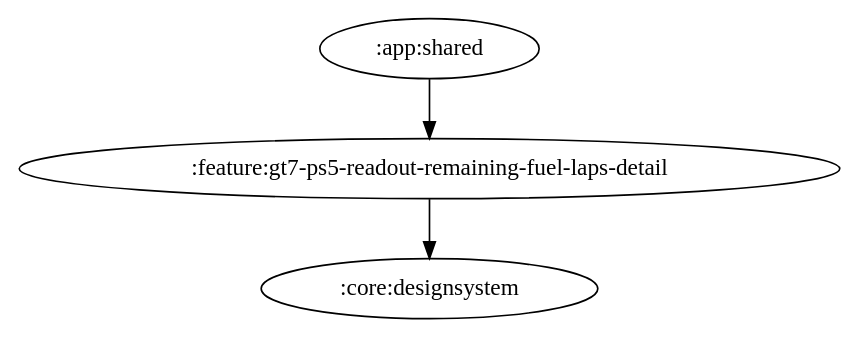
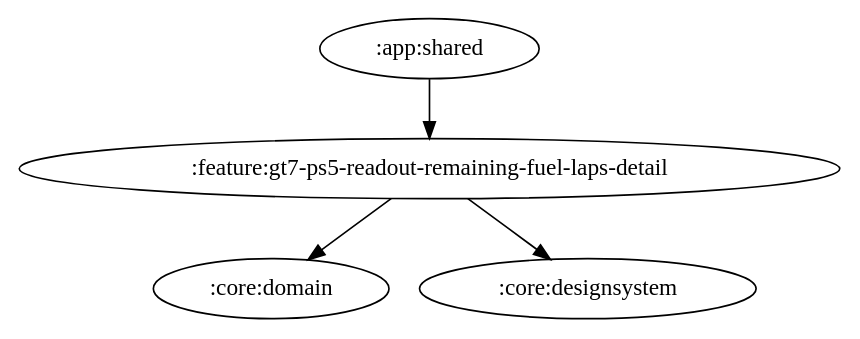
The diagram in docs/graphs/feature-gt7-ps5-readout-remaining-fuel-laps-detail.gv (ai-kurou/KoDriver), drawn with Graphviz before and after one commit. The commit also changed 5 other files, not shown here.

Commit message:
chore: update module graph images

```diff
--- a/docs/graphs/feature-gt7-ps5-readout-remaining-fuel-laps-detail.gv
+++ b/docs/graphs/feature-gt7-ps5-readout-remaining-fuel-laps-detail.gv
@@ -1,5 +1,6 @@
 digraph G {
   rankdir=TB
   ":app:shared" -> ":feature:gt7-ps5-readout-remaining-fuel-laps-detail"
+  ":feature:gt7-ps5-readout-remaining-fuel-laps-detail" -> ":core:domain"
   ":feature:gt7-ps5-readout-remaining-fuel-laps-detail" -> ":core:designsystem"
 }
```
